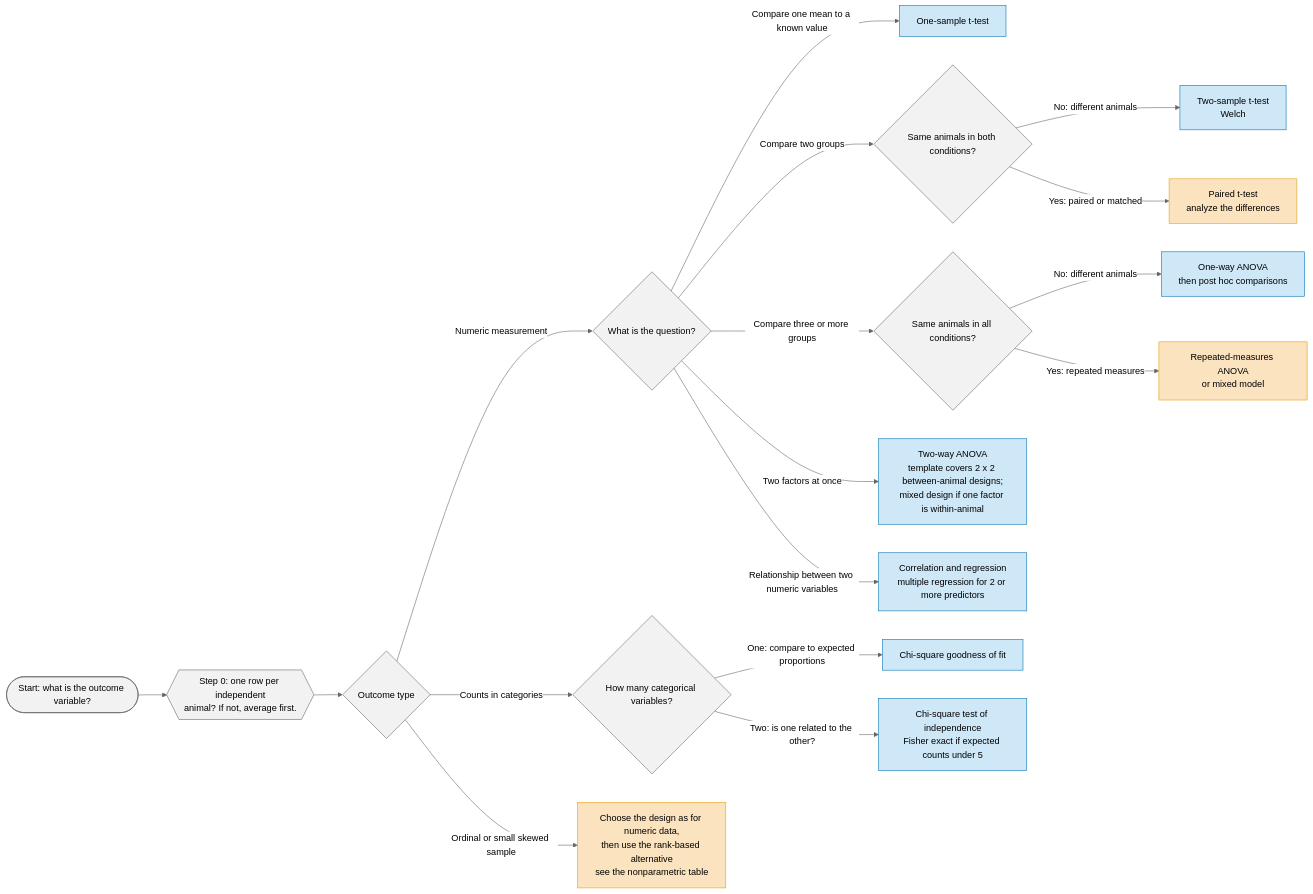
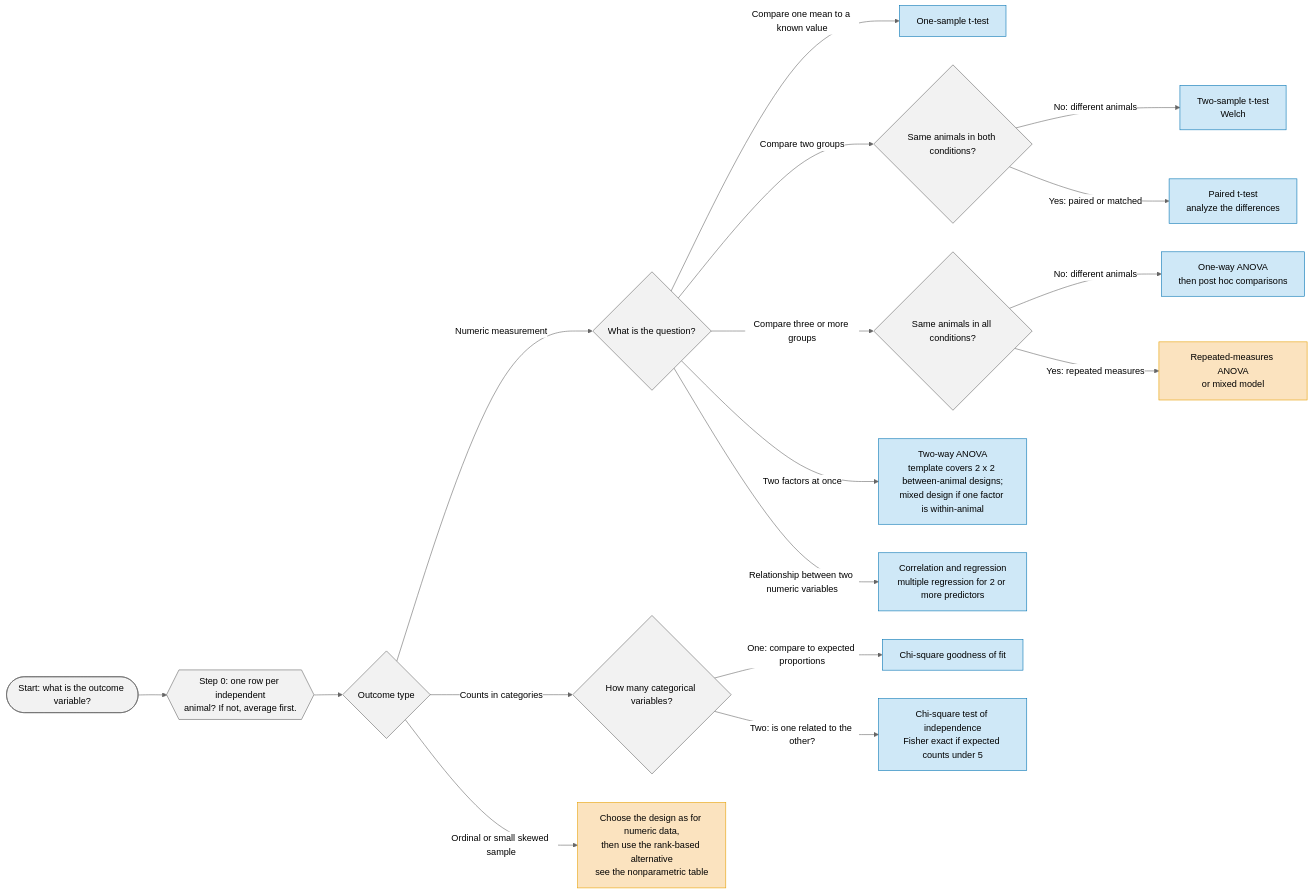
Before and after one commit to jmgraham30/analysis_project_templates: the diagram in guides/choosing_a_test.qmd, drawn with Mermaid. The commit also changed other lines of this file and 10 other files, not shown here.

````diff
--- a/guides/choosing_a_test.qmd
+++ b/guides/choosing_a_test.qmd
@@ -89,32 +89,32 @@
 ```{mermaid}
 %%| fig-align: center
 %%| fig-width: 12
 %%{init: {"theme": "neutral", "themeVariables": {"fontSize": "16px"}, "flowchart": {"useMaxWidth": true}}}%%
 flowchart LR
   A([Start: what is the outcome variable?]) --> U{{"Step 0: one row per independent<br/>animal? If not, average first."}}
   U --> B{Outcome type}
   B -->|Numeric measurement| N{What is the question?}
   B -->|Counts in categories| C{How many categorical variables?}
   B -->|Ordinal or small skewed sample| R[Choose the design as for numeric data,<br/>then use the rank-based alternative<br/>see the nonparametric table]
 
   N -->|Compare one mean to a known value| T1[One-sample t-test]
   N -->|Compare two groups| G2{Same animals in both conditions?}
   N -->|Compare three or more groups| G3{Same animals in all conditions?}
   N -->|Two factors at once| F2[Two-way ANOVA<br/>template covers 2 x 2 between-animal designs;<br/>mixed design if one factor is within-animal]
   N -->|Relationship between two numeric variables| REG[Correlation and regression<br/>multiple regression for 2 or more predictors]
 
   G2 -->|No: different animals| T2[Two-sample t-test<br/>Welch]
   G2 -->|Yes: paired or matched| TP[Paired t-test<br/>analyze the differences]
   G3 -->|No: different animals| A1[One-way ANOVA<br/>then post hoc comparisons]
   G3 -->|Yes: repeated measures| RM[Repeated-measures ANOVA<br/>or mixed model]
 
   C -->|One: compare to expected proportions| X1[Chi-square goodness of fit]
   C -->|Two: is one related to the other?| X2[Chi-square test of independence<br/>Fisher exact if expected counts under 5]
 
   classDef have fill:#CFE8F7,stroke:#0072B2,color:#000
   classDef gap fill:#FBE3BF,stroke:#E69F00,color:#000
   classDef q fill:#F2F2F2,stroke:#666666,color:#000
-  class T1,T2,A1,F2,REG,X1,X2 have
-  class TP,RM,R gap
+  class T1,T2,TP,A1,F2,REG,X1,X2 have
+  class RM,R gap
   class A,U,B,N,C,G2,G3 q
 ```
````
